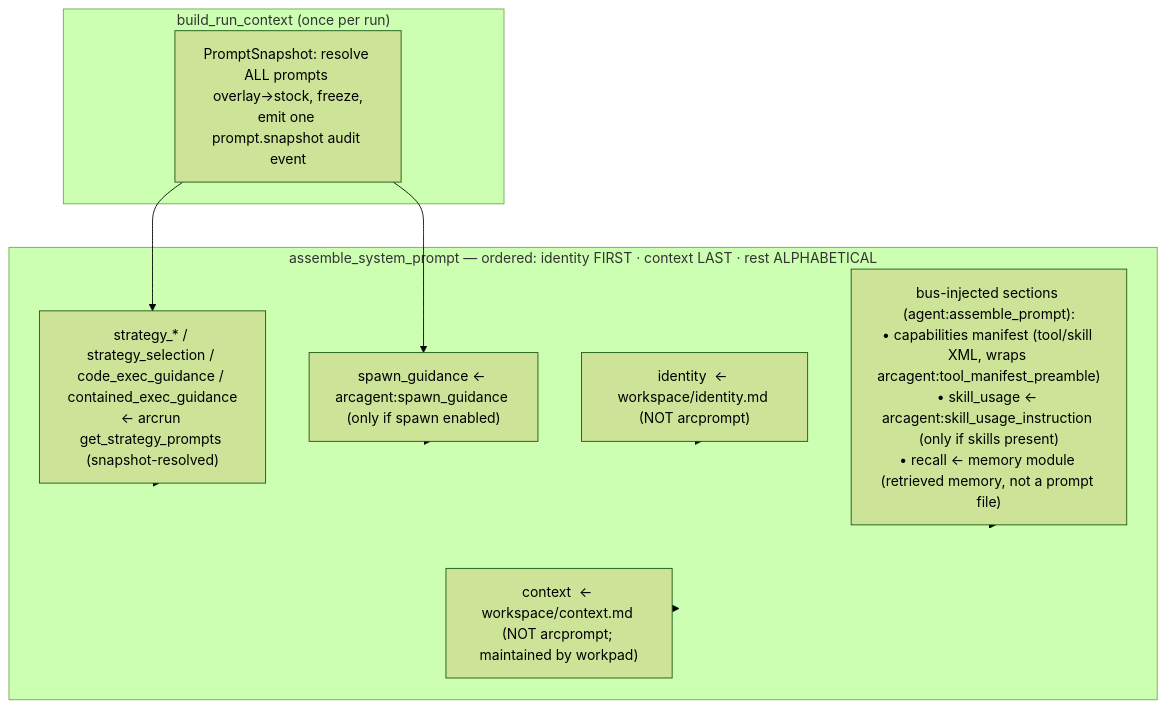
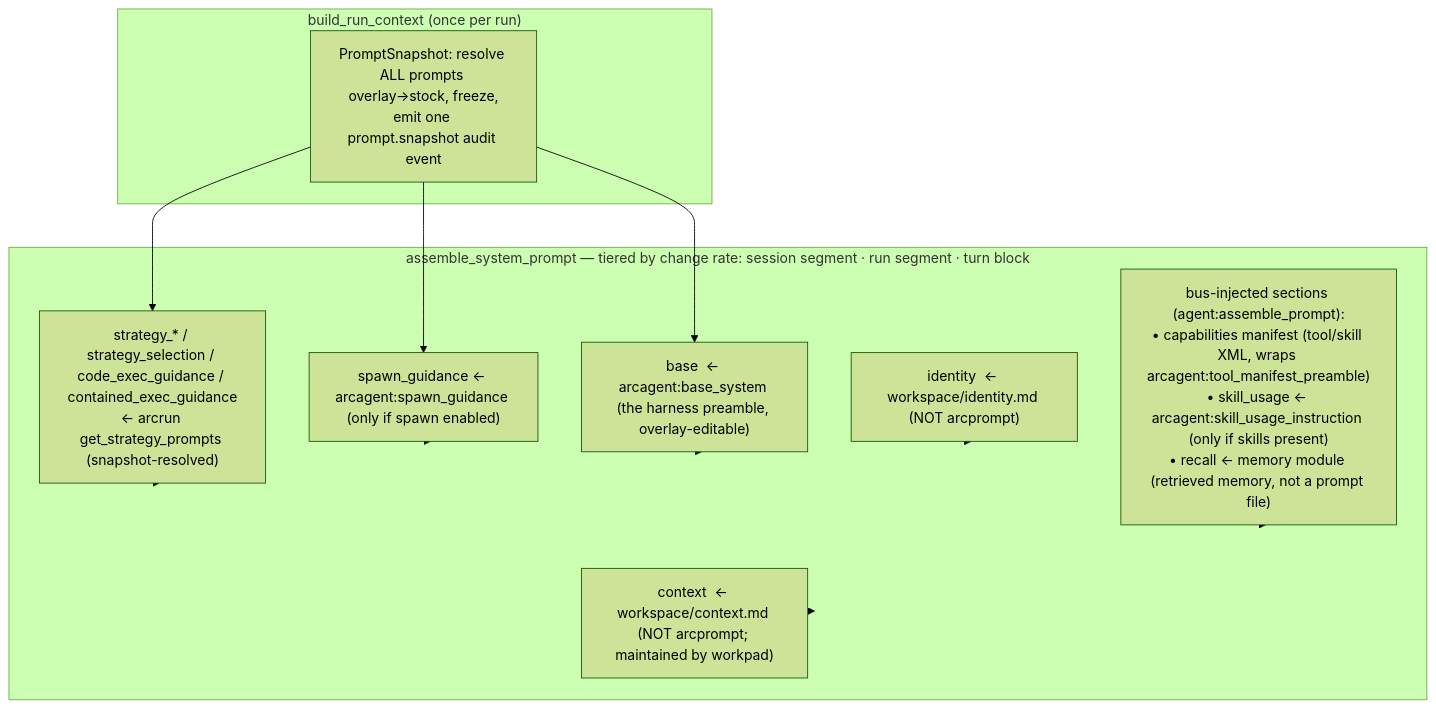
Before and after one commit to joshuamschultz/Arc: the diagram in docs/prompts.md, drawn with Mermaid (forest theme). The commit also changed other lines of this file and 20 other files, not shown here.

````diff
--- a/docs/prompts.md
+++ b/docs/prompts.md
@@ -53,18 +53,20 @@
 ```mermaid
 flowchart TB
     subgraph RUNSTART["build_run_context (once per run)"]
       SNAP["PromptSnapshot: resolve ALL prompts overlay→stock, freeze,<br/>emit one prompt.snapshot audit event"]
     end
-    subgraph ASSEMBLE["assemble_system_prompt — ordered: identity FIRST · context LAST · rest ALPHABETICAL"]
+    subgraph ASSEMBLE["assemble_system_prompt — tiered by change rate: session segment · run segment · turn block"]
+      BASE["base  ← arcagent:base_system (the harness preamble, overlay-editable)"]
       ID["identity  ← workspace/identity.md (NOT arcprompt)"]
       BUS["bus-injected sections (agent:assemble_prompt):<br/>• capabilities manifest (tool/skill XML, wraps arcagent:tool_manifest_preamble)<br/>• skill_usage ← arcagent:skill_usage_instruction (only if skills present)<br/>• recall ← memory module (retrieved memory, not a prompt file)"]
       STRAT["strategy_* / strategy_selection / code_exec_guidance / contained_exec_guidance<br/>← arcrun get_strategy_prompts (snapshot-resolved)"]
       SPAWN["spawn_guidance ← arcagent:spawn_guidance (only if spawn enabled)"]
       CTX["context  ← workspace/context.md (NOT arcprompt; maintained by workpad)"]
     end
     SNAP --> STRAT --> ASSEMBLE
     SNAP --> SPAWN --> ASSEMBLE
+    SNAP --> BASE --> ASSEMBLE
     ID --> ASSEMBLE
     BUS --> ASSEMBLE
     CTX --> ASSEMBLE
 ```
````
